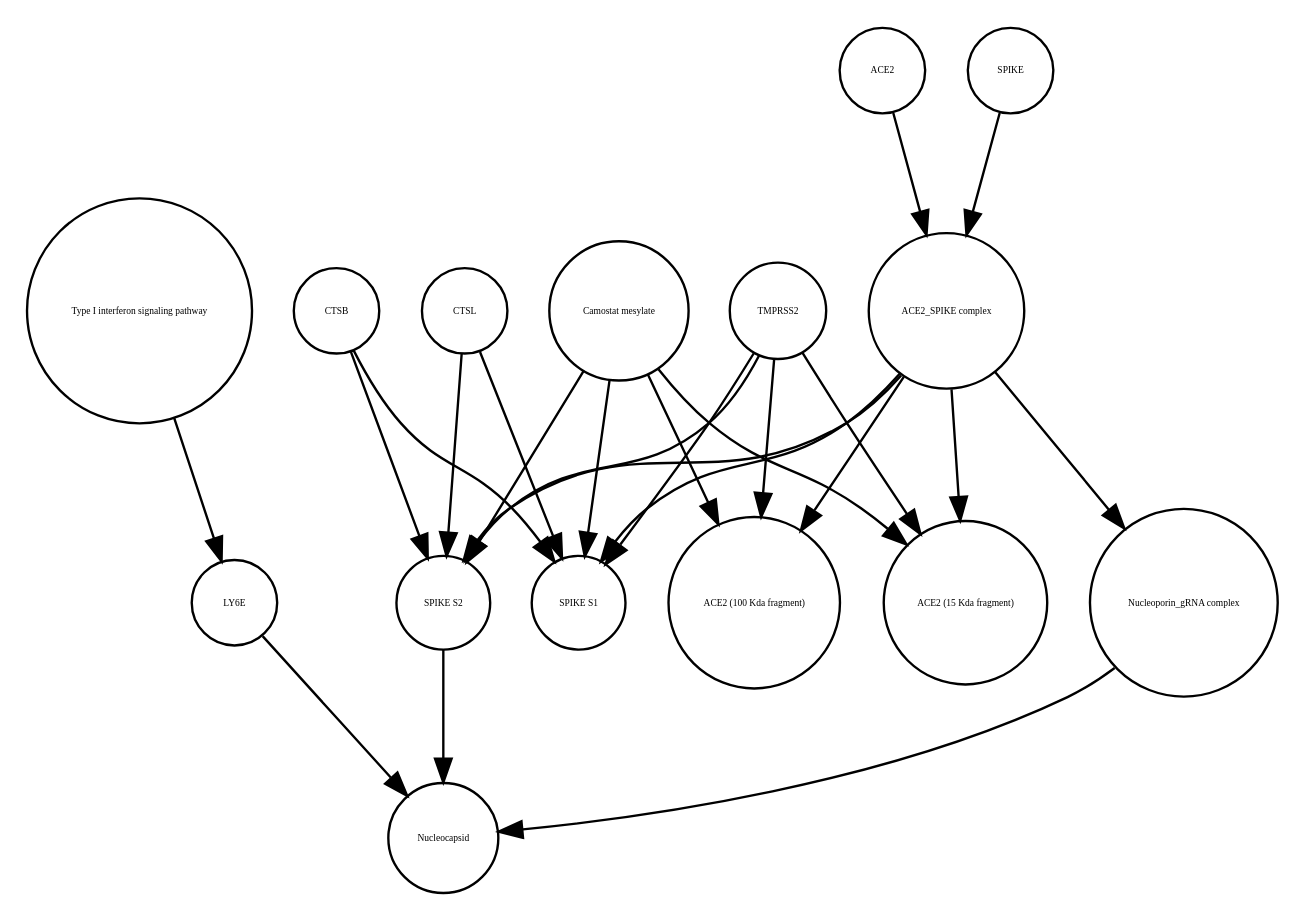
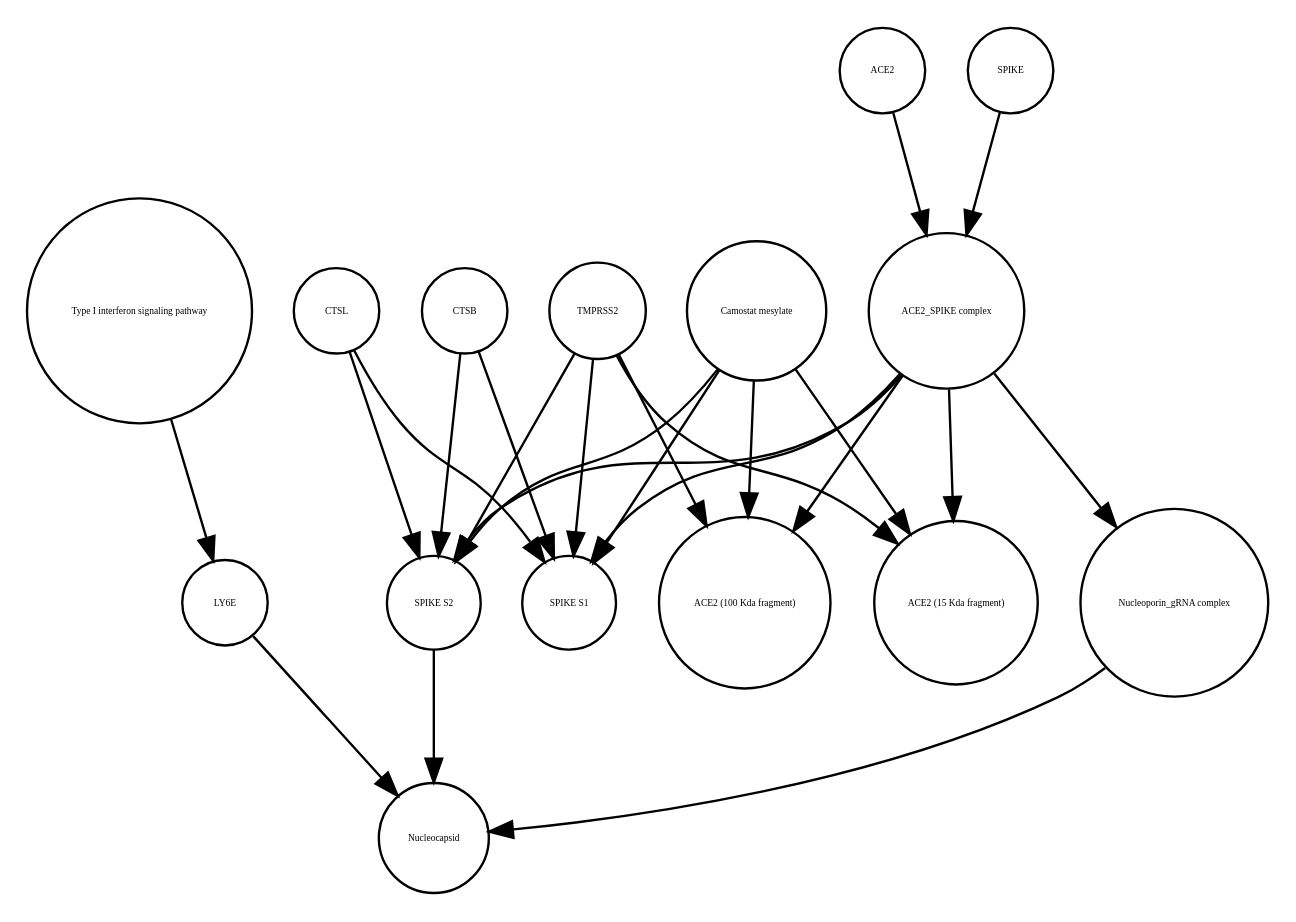
Before and after one commit to cannin/covid19-sbgn: the diagram in Virus_replication_cycle_V02.xml_projected.dot, drawn with Graphviz. The commit also changed other lines of this file and 572 other files, not shown here.

```diff
--- a/Virus_replication_cycle_V02.xml_projected.dot
+++ b/Virus_replication_cycle_V02.xml_projected.dot
@@ -1,40 +1,40 @@
 strict digraph  {
 "Type I interferon signaling pathway" [annotation="", bipartite=0, cls=phenotype, fontsize=4, label="Type I interferon signaling pathway", shape=circle];
 LY6E [annotation="", bipartite=0, cls=macromolecule, fontsize=4, label=LY6E, shape=circle];
+"Nucleoporin_gRNA complex " [annotation="", bipartite=0, cls=complex, fontsize=4, label="Nucleoporin_gRNA complex ", shape=circle];
 "SPIKE S2" [annotation="", bipartite=0, cls=macromolecule, fontsize=4, label="SPIKE S2", shape=circle];
-"Nucleoporin_gRNA complex " [annotation="", bipartite=0, cls=complex, fontsize=4, label="Nucleoporin_gRNA complex ", shape=circle];
 CTSB [annotation="", bipartite=0, cls=macromolecule, fontsize=4, label=CTSB, shape=circle];
-"Camostat mesylate" [annotation="urn_miriam_pubchem.compound_2536", bipartite=0, cls="simple chemical", fontsize=4, label="Camostat mesylate", shape=circle];
-CTSL [annotation="", bipartite=0, cls=macromolecule, fontsize=4, label=CTSL, shape=circle];
 "SPIKE S1" [annotation="", bipartite=0, cls=macromolecule, fontsize=4, label="SPIKE S1", shape=circle];
 TMPRSS2 [annotation="", bipartite=0, cls=macromolecule, fontsize=4, label=TMPRSS2, shape=circle];
 ACE2 [annotation="", bipartite=0, cls=macromolecule, fontsize=4, label=ACE2, shape=circle];
 "ACE2 (100 Kda fragment)" [annotation="", bipartite=0, cls=macromolecule, fontsize=4, label="ACE2 (100 Kda fragment)", shape=circle];
+Nucleocapsid [annotation="", bipartite=0, cls=complex, fontsize=4, label=Nucleocapsid, shape=circle];
 "ACE2_SPIKE complex" [annotation="", bipartite=0, cls=complex, fontsize=4, label="ACE2_SPIKE complex", shape=circle];
-Nucleocapsid [annotation="", bipartite=0, cls=complex, fontsize=4, label=Nucleocapsid, shape=circle];
+"Camostat mesylate" [annotation="urn_miriam_pubchem.compound_2536", bipartite=0, cls="simple chemical", fontsize=4, label="Camostat mesylate", shape=circle];
+SPIKE [annotation="", bipartite=0, cls="macromolecule multimer", fontsize=4, label=SPIKE, shape=circle];
 "ACE2 (15 Kda fragment)" [annotation="", bipartite=0, cls=macromolecule, fontsize=4, label="ACE2 (15 Kda fragment)", shape=circle];
-SPIKE [annotation="", bipartite=0, cls="macromolecule multimer", fontsize=4, label=SPIKE, shape=circle];
+CTSL [annotation="", bipartite=0, cls=macromolecule, fontsize=4, label=CTSL, shape=circle];
 "Type I interferon signaling pathway" -> LY6E  [annotation="", interaction_type=stimulation];
 LY6E -> Nucleocapsid  [annotation="urn_miriam_doi_10.1101%2F2020.03.05.979260|urn_miriam_doi_10.1101%2F2020.04.02.021469", interaction_type=inhibition];
+"Nucleoporin_gRNA complex " -> Nucleocapsid  [annotation="", interaction_type=production];
 "SPIKE S2" -> Nucleocapsid  [annotation="", interaction_type=stimulation];
-"Nucleoporin_gRNA complex " -> Nucleocapsid  [annotation="", interaction_type=production];
 CTSB -> "SPIKE S2"  [annotation=urn_miriam_pubmed_32142651, interaction_type=catalysis];
 CTSB -> "SPIKE S1"  [annotation=urn_miriam_pubmed_32142651, interaction_type=catalysis];
+TMPRSS2 -> "SPIKE S2"  [annotation="urn_miriam_pubmed_32142651|urn_miriam_pubmed_32094589|urn_miriam_pubmed_24227843", interaction_type=catalysis];
+TMPRSS2 -> "SPIKE S1"  [annotation="urn_miriam_pubmed_32142651|urn_miriam_pubmed_32094589|urn_miriam_pubmed_24227843", interaction_type=catalysis];
+TMPRSS2 -> "ACE2 (15 Kda fragment)"  [annotation="urn_miriam_pubmed_32142651|urn_miriam_pubmed_32094589|urn_miriam_pubmed_24227843", interaction_type=catalysis];
+TMPRSS2 -> "ACE2 (100 Kda fragment)"  [annotation="urn_miriam_pubmed_32142651|urn_miriam_pubmed_32094589|urn_miriam_pubmed_24227843", interaction_type=catalysis];
+ACE2 -> "ACE2_SPIKE complex"  [annotation="", interaction_type=production];
+"ACE2_SPIKE complex" -> "Nucleoporin_gRNA complex "  [annotation="urn_miriam_pubmed_32142651|urn_miriam_pubmed_32094589", interaction_type=stimulation];
+"ACE2_SPIKE complex" -> "SPIKE S2"  [annotation="", interaction_type=production];
+"ACE2_SPIKE complex" -> "SPIKE S1"  [annotation="", interaction_type=production];
+"ACE2_SPIKE complex" -> "ACE2 (100 Kda fragment)"  [annotation="", interaction_type=production];
+"ACE2_SPIKE complex" -> "ACE2 (15 Kda fragment)"  [annotation="", interaction_type=production];
+"Camostat mesylate" -> "SPIKE S2"  [annotation="urn_miriam_pubmed_32142651|urn_miriam_pubmed_32094589|urn_miriam_pubmed_24227843", interaction_type=inhibition];
+"Camostat mesylate" -> "SPIKE S1"  [annotation="urn_miriam_pubmed_32142651|urn_miriam_pubmed_32094589|urn_miriam_pubmed_24227843", interaction_type=inhibition];
 "Camostat mesylate" -> "ACE2 (15 Kda fragment)"  [annotation="urn_miriam_pubmed_32142651|urn_miriam_pubmed_32094589|urn_miriam_pubmed_24227843", interaction_type=inhibition];
-"Camostat mesylate" -> "SPIKE S2"  [annotation="urn_miriam_pubmed_32142651|urn_miriam_pubmed_32094589|urn_miriam_pubmed_24227843", interaction_type=inhibition];
 "Camostat mesylate" -> "ACE2 (100 Kda fragment)"  [annotation="urn_miriam_pubmed_32142651|urn_miriam_pubmed_32094589|urn_miriam_pubmed_24227843", interaction_type=inhibition];
-"Camostat mesylate" -> "SPIKE S1"  [annotation="urn_miriam_pubmed_32142651|urn_miriam_pubmed_32094589|urn_miriam_pubmed_24227843", interaction_type=inhibition];
+SPIKE -> "ACE2_SPIKE complex"  [annotation="", interaction_type=production];
 CTSL -> "SPIKE S2"  [annotation=urn_miriam_pubmed_32142651, interaction_type=catalysis];
 CTSL -> "SPIKE S1"  [annotation=urn_miriam_pubmed_32142651, interaction_type=catalysis];
-TMPRSS2 -> "ACE2 (15 Kda fragment)"  [annotation="urn_miriam_pubmed_32142651|urn_miriam_pubmed_32094589|urn_miriam_pubmed_24227843", interaction_type=catalysis];
-TMPRSS2 -> "SPIKE S2"  [annotation="urn_miriam_pubmed_32142651|urn_miriam_pubmed_32094589|urn_miriam_pubmed_24227843", interaction_type=catalysis];
-TMPRSS2 -> "ACE2 (100 Kda fragment)"  [annotation="urn_miriam_pubmed_32142651|urn_miriam_pubmed_32094589|urn_miriam_pubmed_24227843", interaction_type=catalysis];
-TMPRSS2 -> "SPIKE S1"  [annotation="urn_miriam_pubmed_32142651|urn_miriam_pubmed_32094589|urn_miriam_pubmed_24227843", interaction_type=catalysis];
-ACE2 -> "ACE2_SPIKE complex"  [annotation="", interaction_type=production];
-"ACE2_SPIKE complex" -> "SPIKE S2"  [annotation="", interaction_type=production];
-"ACE2_SPIKE complex" -> "ACE2 (100 Kda fragment)"  [annotation="", interaction_type=production];
-"ACE2_SPIKE complex" -> "SPIKE S1"  [annotation="", interaction_type=production];
-"ACE2_SPIKE complex" -> "ACE2 (15 Kda fragment)"  [annotation="", interaction_type=production];
-"ACE2_SPIKE complex" -> "Nucleoporin_gRNA complex "  [annotation="urn_miriam_pubmed_32142651|urn_miriam_pubmed_32094589", interaction_type=stimulation];
-SPIKE -> "ACE2_SPIKE complex"  [annotation="", interaction_type=production];
 }
```
